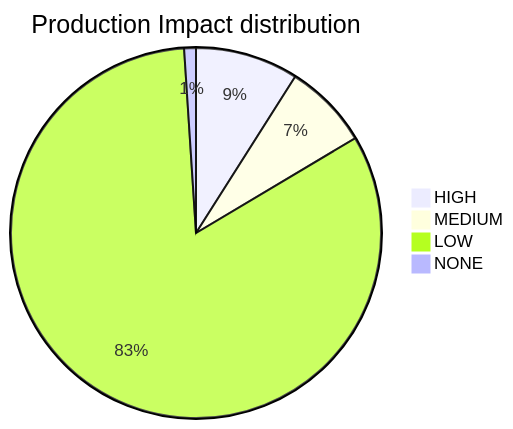
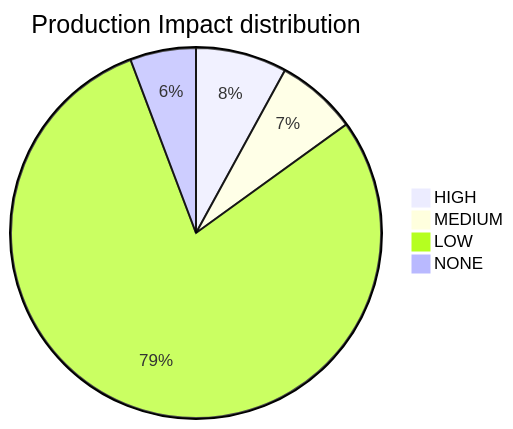
Before and after one commit to mikeybeezy/goldenpath-idp-infra: the second of 14 diagrams in docs/10-governance/reports/HEALTH_AUDIT_LOG.md, drawn with Mermaid. The commit also changed other lines of this file and 36 other files, not shown here.

````diff
--- a/docs/10-governance/reports/HEALTH_AUDIT_LOG.md
+++ b/docs/10-governance/reports/HEALTH_AUDIT_LOG.md
@@ -233,7 +144,7 @@
 ```mermaid
 pie title Production Impact distribution
-    "HIGH" : 35
-    "MEDIUM" : 29
-    "LOW" : 321
-    "NONE" : 4
+    "HIGH" : 36
+    "MEDIUM" : 32
+    "LOW" : 358
+    "NONE" : 26
 ```
````
